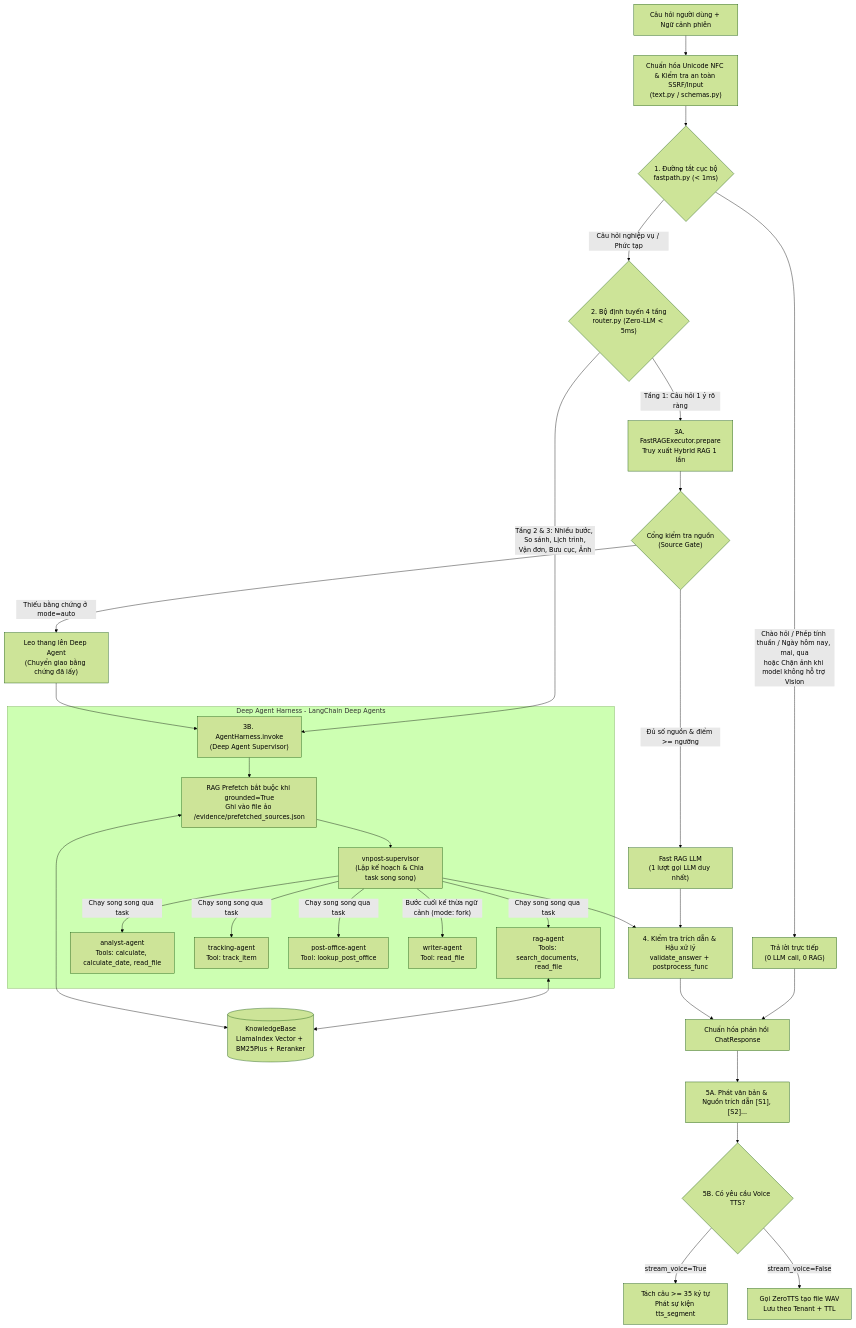
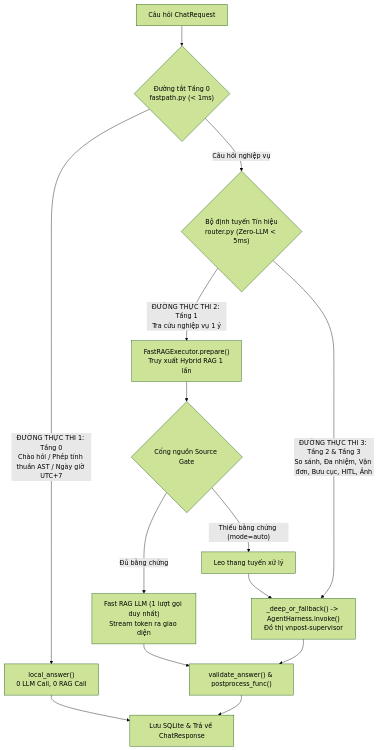
Before and after one commit to dinhhthanhh/vnpost_deepagent: the second of 4 diagrams in Mipo báo cáo kỹ thuật Deep Agent, RAG LlamaIndex và TTS.md, drawn with Mermaid (forest theme). The commit also changed other lines of this file and 42 other files, not shown here.

First line of the commit message:
feat: migrate to VNPost remote vLLM models, Qdrant vector store, and uv dependency management

````diff
--- a/Mipo báo cáo kỹ thuật Deep Agent, RAG LlamaIndex và TTS.md
+++ b/Mipo báo cáo kỹ thuật Deep Agent, RAG LlamaIndex và TTS.md
@@ -27,40 +149,21 @@
 ```mermaid
 flowchart TD
-    Q["Câu hỏi người dùng + Ngữ cảnh phiên"] --> NORM["Chuẩn hóa Unicode NFC & Kiểm tra an toàn SSRF/Input<br/>(text.py / schemas.py)"]
-    NORM --> FP{"1. Đường tắt cục bộ<br/>fastpath.py (< 1ms)"}
+    In["Câu hỏi ChatRequest"] --> FP{"Đường tắt Tầng 0<br/>fastpath.py (< 1ms)"}
     
-    FP -->|"Chào hỏi / Phép tính thuần / Ngày hôm nay, mai, qua<br/>hoặc Chặn ảnh khi model không hỗ trợ Vision"| LOCAL_OUT["Trả lời trực tiếp<br/>(0 LLM call, 0 RAG)"]
-    FP -->|"Câu hỏi nghiệp vụ / Phức tạp"| ROUTER{"2. Bộ định tuyến 4 tầng<br/>router.py (Zero-LLM < 5ms)"}
-
-    ROUTER -->|"Tầng 1: Câu hỏi 1 ý rõ ràng"| FAST_PREP["3A. FastRAGExecutor.prepare<br/>Truy xuất Hybrid RAG 1 lần"]
-    FAST_PREP --> SGATE{"Cổng kiểm tra nguồn<br/>(Source Gate)"}
-    SGATE -->|"Đủ số nguồn & điểm >= ngưỡng"| FAST_LLM["Fast RAG LLM<br/>(1 lượt gọi LLM duy nhất)"]
-    SGATE -->|"Thiếu bằng chứng ở mode=auto"| ESCALATE["Leo thang lên Deep Agent<br/>(Chuyển giao bằng chứng đã lấy)"]
-
-    ROUTER -->|"Tầng 2 & 3: Nhiều bước, So sánh, Lịch trình,<br/>Vận đơn, Bưu cục, Ảnh"| DEEP_ENTRY["3B. AgentHarness.invoke<br/>(Deep Agent Supervisor)"]
-    ESCALATE --> DEEP_ENTRY
-
-    subgraph DEEP_AGENT_HARNESS ["Deep Agent Harness - LangChain Deep Agents"]
-        DEEP_ENTRY --> PREFETCH["RAG Prefetch bắt buộc khi grounded=True<br/>Ghi vào file ảo /evidence/prefetched_sources.json"]
-        PREFETCH --> SUP["vnpost-supervisor<br/>(Lập kế hoạch & Chia task song song)"]
-        
-        SUP -->|"Chạy song song qua task"| A_RAG["rag-agent<br/>Tools: search_documents, read_file"]
-        SUP -->|"Chạy song song qua task"| A_ANA["analyst-agent<br/>Tools: calculate, calculate_date, read_file"]
-        SUP -->|"Chạy song song qua task"| A_TRK["tracking-agent<br/>Tool: track_item"]
-        SUP -->|"Chạy song song qua task"| A_PO["post-office-agent<br/>Tool: lookup_post_office"]
-        SUP -->|"Bước cuối kế thừa ngữ cảnh (mode: fork)"| A_WR["writer-agent<br/>Tool: read_file"]
-    end
-
-    A_RAG <--> KB[("KnowledgeBase<br/>LlamaIndex Vector + BM25Plus + Reranker")]
-    PREFETCH <--> KB
-
-    FAST_LLM --> VALIDATE["4. Kiểm tra trích dẫn & Hậu xử lý<br/>validate_answer + postprocess_func"]
-    SUP --> VALIDATE
-    LOCAL_OUT --> OUTPUT["Chuẩn hóa phản hồi ChatResponse"]
-    VALIDATE --> OUTPUT
-
-    OUTPUT --> TEXT_SEND["5A. Phát văn bản & Nguồn trích dẫn [S1], [S2]..."]
-    TEXT_SEND --> TTS_BRANCH{"5B. Có yêu cầu Voice TTS?"}
-    TTS_BRANCH -->|"stream_voice=True"| TTS_STREAM["Tách câu >= 35 ký tự<br/>Phát sự kiện tts_segment"]
-    TTS_BRANCH -->|"stream_voice=False"| TTS_FILE["Gọi ZeroTTS tạo file WAV<br/>Lưu theo Tenant + TTL"]
+    FP -->|"ĐƯỜNG THỰC THI 1: Tầng 0<br/>Chào hỏi / Phép tính thuần AST / Ngày giờ UTC+7"| Out0["local_answer()<br/>0 LLM Call, 0 RAG Call"]
+    
+    FP -->|"Câu hỏi nghiệp vụ"| Router{"Bộ định tuyến Tín hiệu<br/>router.py (Zero-LLM < 5ms)"}
+    
+    Router -->|"ĐƯỜNG THỰC THI 2: Tầng 1<br/>Tra cứu nghiệp vụ 1 ý"| FastRAG["FastRAGExecutor.prepare()<br/>Truy xuất Hybrid RAG 1 lần"]
+    FastRAG --> SGate{"Cổng nguồn Source Gate"}
+    SGate -->|"Đủ bằng chứng"| FastLLM["Fast RAG LLM (1 lượt gọi duy nhất)<br/>Stream token ra giao diện"]
+    SGate -->|"Thiếu bằng chứng (mode=auto)"| Escalate["Leo thang tuyến xử lý"]
+    
+    Router -->|"ĐƯỜNG THỰC THI 3: Tầng 2 & Tầng 3<br/>So sánh, Đa nhiệm, Vận đơn, Bưu cục, HITL, Ảnh"| DeepAgent["_deep_or_fallback() -> AgentHarness.invoke()<br/>Đồ thị vnpost-supervisor"]
+    Escalate --> DeepAgent
+    
+    FastLLM --> Val["validate_answer() & postprocess_func()"]
+    DeepAgent --> Val
+    Out0 --> Pack["Lưu SQLite & Trả về ChatResponse"]
+    Val --> Pack
 ```
````
